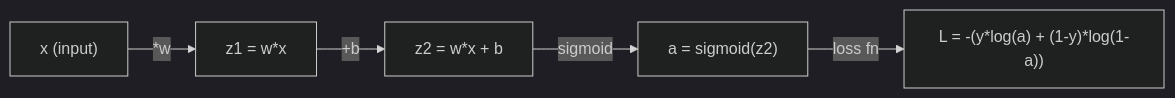
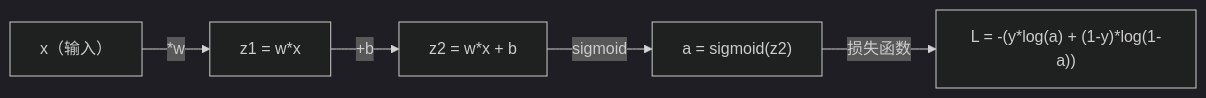
One commit to JerryC8080/ai-engineering-from-scratch-zh changed the first of 4 diagrams in phases/01-math-foundations/04-calculus-for-ml/docs/zh.md. Above: the diagram before and after it, drawn with Mermaid (dark theme). The commit also changed other lines of this file and 156 other files, not shown here.

First line of the commit message:
i18n(zh): translate mermaid diagram labels in 157 lesson zh.md

````diff
--- a/phases/01-math-foundations/04-calculus-for-ml/docs/zh.md
+++ b/phases/01-math-foundations/04-calculus-for-ml/docs/zh.md
@@ -332,7 +332,7 @@
 ```mermaid
 graph LR
-    x["x (input)"] -->|"*w"| z1["z1 = w*x"]
+    x["x（输入）"] -->|"*w"| z1["z1 = w*x"]
     z1 -->|"+b"| z2["z2 = w*x + b"]
     z2 -->|"sigmoid"| a["a = sigmoid(z2)"]
-    a -->|"loss fn"| L["L = -(y*log(a) + (1-y)*log(1-a))"]
+    a -->|"损失函数"| L["L = -(y*log(a) + (1-y)*log(1-a))"]
 ```
````
